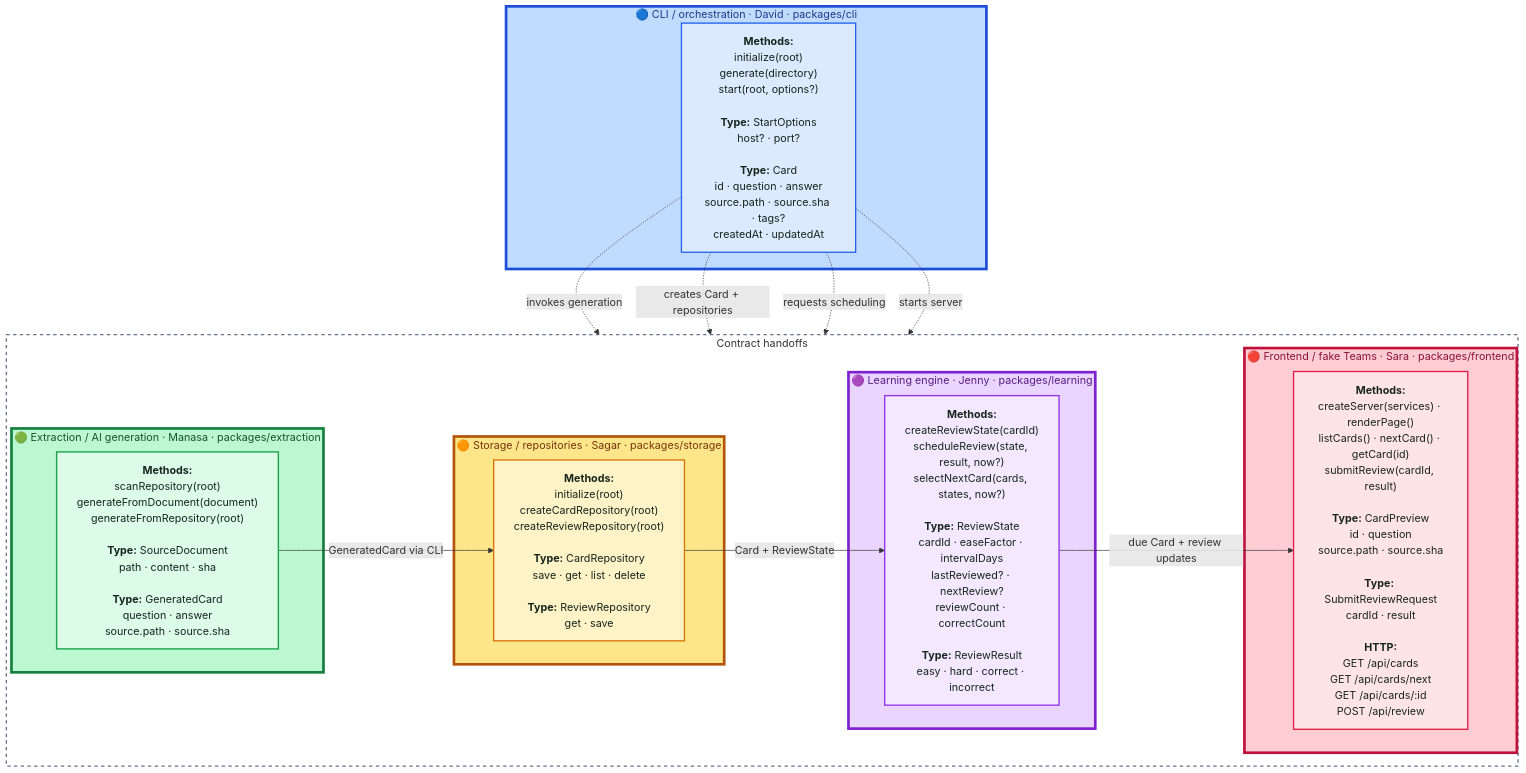
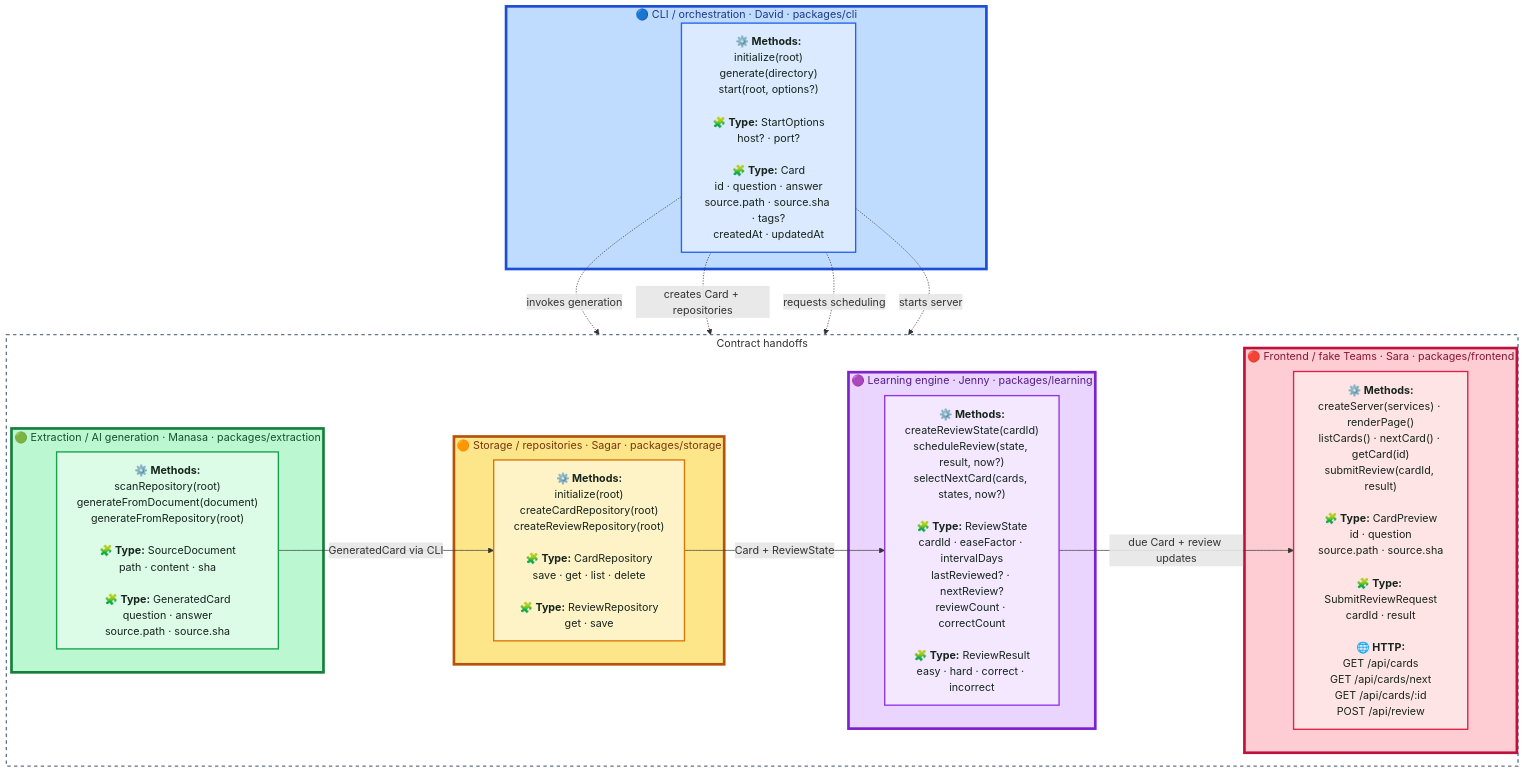
Before and after one commit to flashlearn-ai/flashlearn: the diagram in README.md, drawn with Mermaid. The commit also changed other lines of this file and 1 other file, not shown here.

Commit message:
Add contract map visual legend

````diff
--- a/README.md
+++ b/README.md
@@ -92,50 +94,50 @@
 ```mermaid
 flowchart TD
   subgraph CLIRegion["🔵 CLI / orchestration · David · packages/cli"]
-    CLI["<b>Methods:</b><br/>initialize(root)<br/>generate(directory)<br/>start(root, options?)<br/><br/><b>Type:</b> StartOptions<br/>host? · port?<br/><br/><b>Type:</b> Card<br/>id · question · answer<br/>source.path · source.sha · tags?<br/>createdAt · updatedAt"]
+    CLI["<b>⚙️ Methods:</b><br/>initialize(root)<br/>generate(directory)<br/>start(root, options?)<br/><br/><b>🧩 Type:</b> StartOptions<br/>host? · port?<br/><br/><b>🧩 Type:</b> Card<br/>id · question · answer<br/>source.path · source.sha · tags?<br/>createdAt · updatedAt"]
   end
 
   subgraph PackagePipeline["Contract handoffs"]
     direction LR
     subgraph ExtractionRegion["🟢 Extraction / AI generation · Manasa · packages/extraction"]
-      Extraction["<b>Methods:</b><br/>scanRepository(root)<br/>generateFromDocument(document)<br/>generateFromRepository(root)<br/><br/><b>Type:</b> SourceDocument<br/>path · content · sha<br/><br/><b>Type:</b> GeneratedCard<br/>question · answer<br/>source.path · source.sha"]
+      Extraction["<b>⚙️ Methods:</b><br/>scanRepository(root)<br/>generateFromDocument(document)<br/>generateFromRepository(root)<br/><br/><b>🧩 Type:</b> SourceDocument<br/>path · content · sha<br/><br/><b>🧩 Type:</b> GeneratedCard<br/>question · answer<br/>source.path · source.sha"]
     end
 
     subgraph StorageRegion["🟠 Storage / repositories · Sagar · packages/storage"]
-      Storage["<b>Methods:</b><br/>initialize(root)<br/>createCardRepository(root)<br/>createReviewRepository(root)<br/><br/><b>Type:</b> CardRepository<br/>save · get · list · delete<br/><br/><b>Type:</b> ReviewRepository<br/>get · save"]
+      Storage["<b>⚙️ Methods:</b><br/>initialize(root)<br/>createCardRepository(root)<br/>createReviewRepository(root)<br/><br/><b>🧩 Type:</b> CardRepository<br/>save · get · list · delete<br/><br/><b>🧩 Type:</b> ReviewRepository<br/>get · save"]
     end
 
     subgraph LearningRegion["🟣 Learning engine · Jenny · packages/learning"]
-      Learning["<b>Methods:</b><br/>createReviewState(cardId)<br/>scheduleReview(state, result, now?)<br/>selectNextCard(cards, states, now?)<br/><br/><b>Type:</b> ReviewState<br/>cardId · easeFactor · intervalDays<br/>lastReviewed? · nextReview?<br/>reviewCount · correctCount<br/><br/><b>Type:</b> ReviewResult<br/>easy · hard · correct · incorrect"]
+      Learning["<b>⚙️ Methods:</b><br/>createReviewState(cardId)<br/>scheduleReview(state, result, now?)<br/>selectNextCard(cards, states, now?)<br/><br/><b>🧩 Type:</b> ReviewState<br/>cardId · easeFactor · intervalDays<br/>lastReviewed? · nextReview?<br/>reviewCount · correctCount<br/><br/><b>🧩 Type:</b> ReviewResult<br/>easy · hard · correct · incorrect"]
     end
 
     subgraph FrontendRegion["🔴 Frontend / fake Teams · Sara · packages/frontend"]
-      Frontend["<b>Methods:</b><br/>createServer(services) · renderPage()<br/>listCards() · nextCard() · getCard(id)<br/>submitReview(cardId, result)<br/><br/><b>Type:</b> CardPreview<br/>id · question<br/>source.path · source.sha<br/><br/><b>Type:</b> SubmitReviewRequest<br/>cardId · result<br/><br/><b>HTTP:</b><br/>GET /api/cards<br/>GET /api/cards/next<br/>GET /api/cards/:id<br/>POST /api/review"]
+      Frontend["<b>⚙️ Methods:</b><br/>createServer(services) · renderPage()<br/>listCards() · nextCard() · getCard(id)<br/>submitReview(cardId, result)<br/><br/><b>🧩 Type:</b> CardPreview<br/>id · question<br/>source.path · source.sha<br/><br/><b>🧩 Type:</b> SubmitReviewRequest<br/>cardId · result<br/><br/><b>🌐 HTTP:</b><br/>GET /api/cards<br/>GET /api/cards/next<br/>GET /api/cards/:id<br/>POST /api/review"]
     end
   end
 
   Extraction -->|GeneratedCard via CLI| Storage
   Storage -->|Card + ReviewState| Learning
   Learning -->|due Card + review updates| Frontend
   CLI -.->|invokes generation| Extraction
   CLI -.->|creates Card + repositories| Storage
   CLI -.->|requests scheduling| Learning
   CLI -.->|starts server| Frontend
 
   classDef cli fill:#dbeafe,color:#17251d,stroke:#2563eb,stroke-width:2px;
   classDef extraction fill:#dcfce7,color:#17251d,stroke:#16a34a,stroke-width:2px;
   classDef storage fill:#fef3c7,color:#17251d,stroke:#d97706,stroke-width:2px;
   classDef learning fill:#f3e8ff,color:#17251d,stroke:#9333ea,stroke-width:2px;
   classDef frontend fill:#ffe4e6,color:#17251d,stroke:#e11d48,stroke-width:2px;
   class CLI cli;
   class Extraction extraction;
   class Storage storage;
   class Learning learning;
   class Frontend frontend;
   style ExtractionRegion fill:#bbf7d0,stroke:#15803d,stroke-width:4px,color:#14532d
   style CLIRegion fill:#bfdbfe,stroke:#1d4ed8,stroke-width:4px,color:#1e3a8a
   style StorageRegion fill:#fde68a,stroke:#b45309,stroke-width:4px,color:#78350f
   style LearningRegion fill:#e9d5ff,stroke:#7e22ce,stroke-width:4px,color:#581c87
   style FrontendRegion fill:#fecdd3,stroke:#be123c,stroke-width:4px,color:#881337
   style PackagePipeline fill:transparent,stroke:#64748b,stroke-width:2px,stroke-dasharray:5 5
 ```
````
